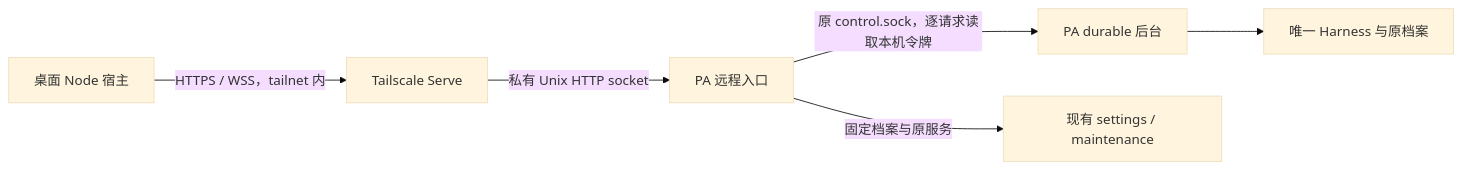
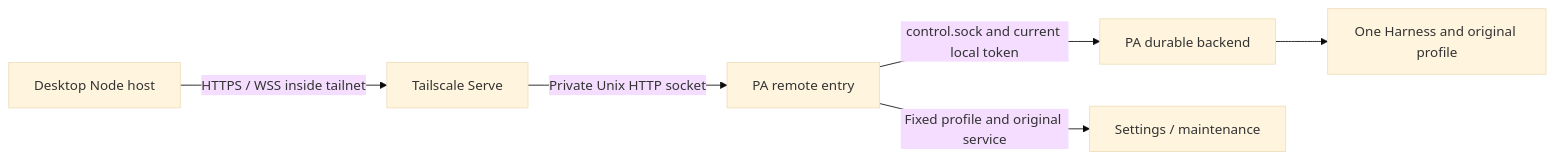
The diagram in .agents/notes/implemented/architecture/2026-10-24-personal-tailscale-https.md (num-lab/Ruukoto), drawn with Mermaid (base theme) before and after one commit. The commit also changed other lines of this file and 3987 other files, not shown here.

````diff
--- a/.agents/notes/implemented/architecture/2026-10-24-personal-tailscale-https.md
+++ b/.agents/notes/implemented/architecture/2026-10-24-personal-tailscale-https.md
@@ -17,8 +17,8 @@
 ```mermaid
 flowchart LR
-  D[桌面 Node 宿主] -->|HTTPS / WSS，tailnet 内| T[Tailscale Serve]
-  T -->|私有 Unix HTTP socket| G[PA 远程入口]
-  G -->|原 control.sock，逐请求读取本机令牌| P[PA durable 后台]
-  G -->|固定档案与原服务| M[现有 settings / maintenance]
-  P --> H[唯一 Harness 与原档案]
+  D[Desktop Node host] -->|HTTPS / WSS inside tailnet| T[Tailscale Serve]
+  T -->|Private Unix HTTP socket| G[PA remote entry]
+  G -->|control.sock and current local token| P[PA durable backend]
+  G -->|Fixed profile and original service| M[Settings / maintenance]
+  P --> H[One Harness and original profile]
 ```
````
